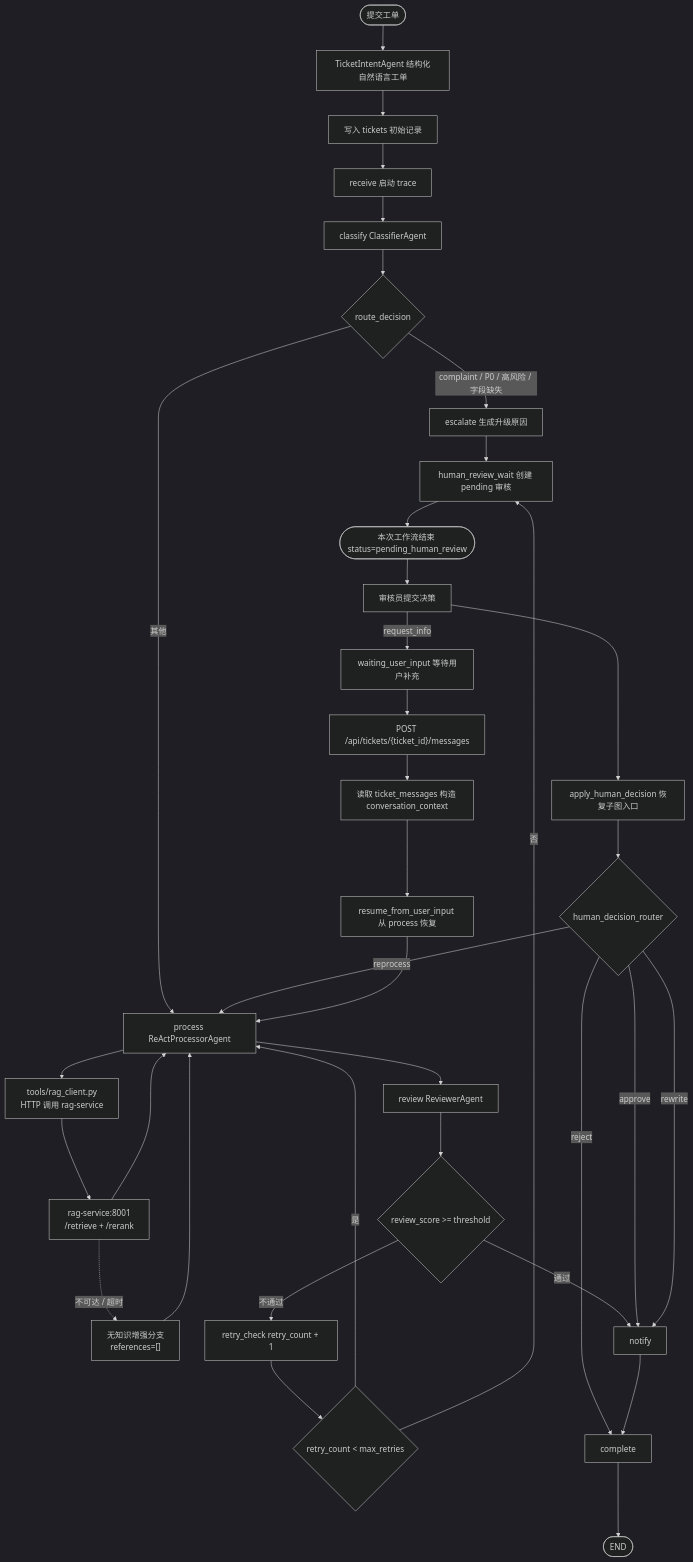
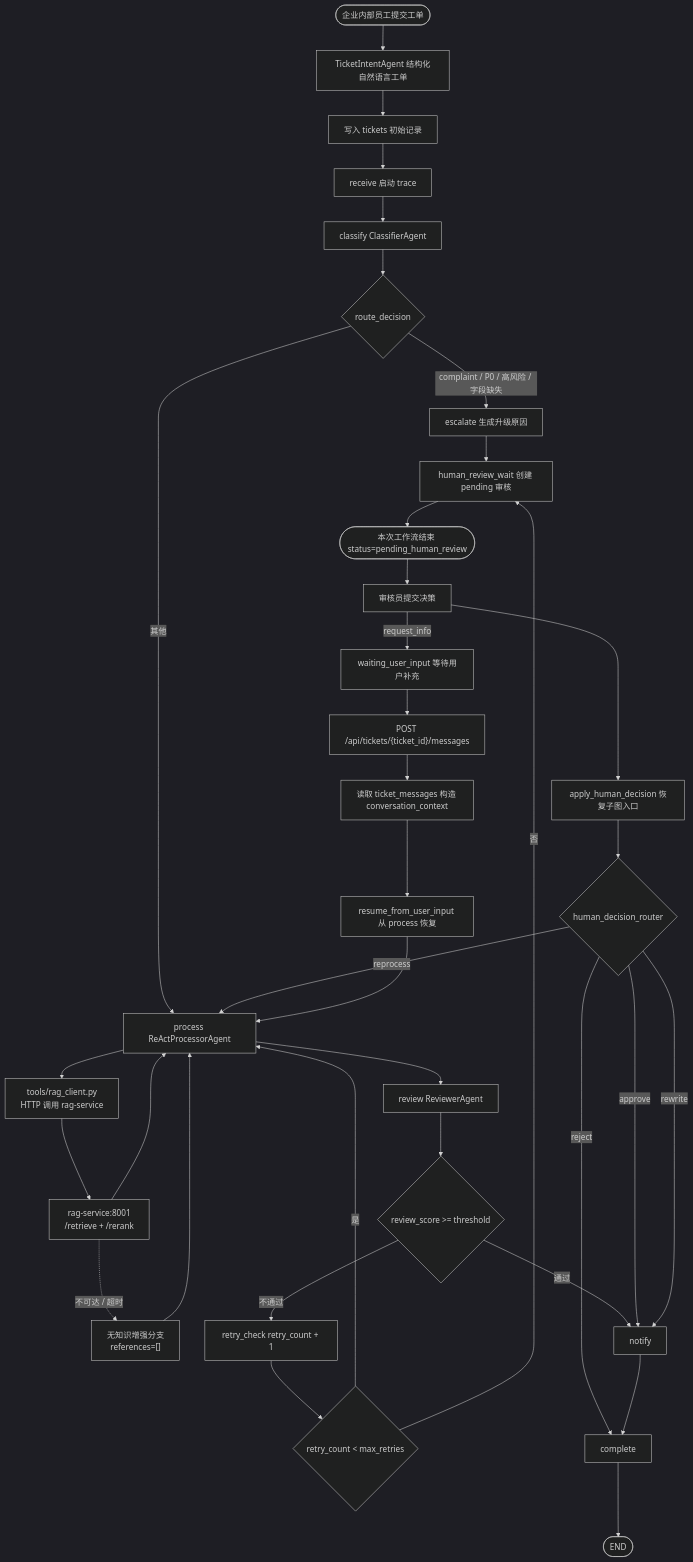
The diagram in docs/design-spec/01_正式设计/02_工单处理流程设计.md (ArtLjn/ai-agent-learning), drawn with Mermaid (dark theme) before and after one commit. The commit also changed other lines of this file and 39 other files, not shown here.

````diff
--- a/docs/design-spec/01_正式设计/02_工单处理流程设计.md
+++ b/docs/design-spec/01_正式设计/02_工单处理流程设计.md
@@ -41,38 +41,38 @@
 ```mermaid
 flowchart TB
-    Start([提交工单]) --> Intent["TicketIntentAgent 结构化自然语言工单"]
+    Start([企业内部员工提交工单]) --> Intent["TicketIntentAgent 结构化自然语言工单"]
     Intent --> Save["写入 tickets 初始记录"]
     Save --> Receive["receive 启动 trace"]
     Receive --> Classify["classify ClassifierAgent"]
     Classify --> Route{route_decision}
     Route -->|complaint / P0 / 高风险 / 字段缺失| Escalate["escalate 生成升级原因"]
     Route -->|其他| Process["process ReActProcessorAgent"]
     Process --> RagClient["tools/rag_client.py<br/>HTTP 调用 rag-service"]
     RagClient --> RagService["rag-service:8001<br/>/retrieve + /rerank"]
     RagService --> Process
     RagService -. 不可达 / 超时.-> Degraded["无知识增强分支<br/>references=[]"]
     Degraded --> Process
     Process --> Review["review ReviewerAgent"]
     Review --> ReviewGate{review_score >= threshold}
     ReviewGate -->|通过| Notify[notify]
     ReviewGate -->|不通过| Retry["retry_check retry_count + 1"]
     Retry --> RetryGate{retry_count < max_retries}
     RetryGate -->|是| Process
     RetryGate -->|否| Human["human_review_wait 创建 pending 审核"]
     Escalate --> Human
     Human --> Pending(["本次工作流结束 status=pending_human_review"])
     Pending --> Decision[审核员提交决策]
     Decision --> Apply["apply_human_decision 恢复子图入口"]
     Apply --> DecisionRoute{human_decision_router}
     DecisionRoute -->|approve| Notify
     DecisionRoute -->|rewrite| Notify
     DecisionRoute -->|reprocess| Process
     DecisionRoute -->|reject| Complete[complete]
     Decision -->|request_info| WaitUser["waiting_user_input 等待用户补充"]
     WaitUser --> Message["POST /api/tickets/{ticket_id}/messages"]
     Message --> Context["读取 ticket_messages 构造 conversation_context"]
     Context --> Resume["resume_from_user_input 从 process 恢复"]
     Resume --> Process
     Notify --> Complete
     Complete --> End([END])
 ```
````
